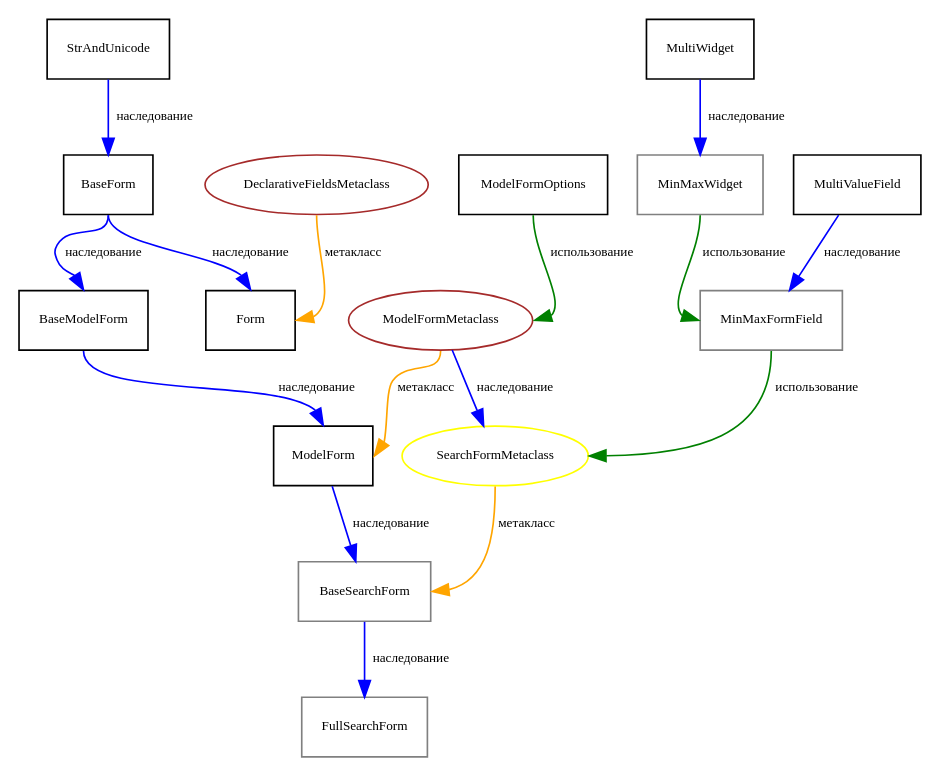
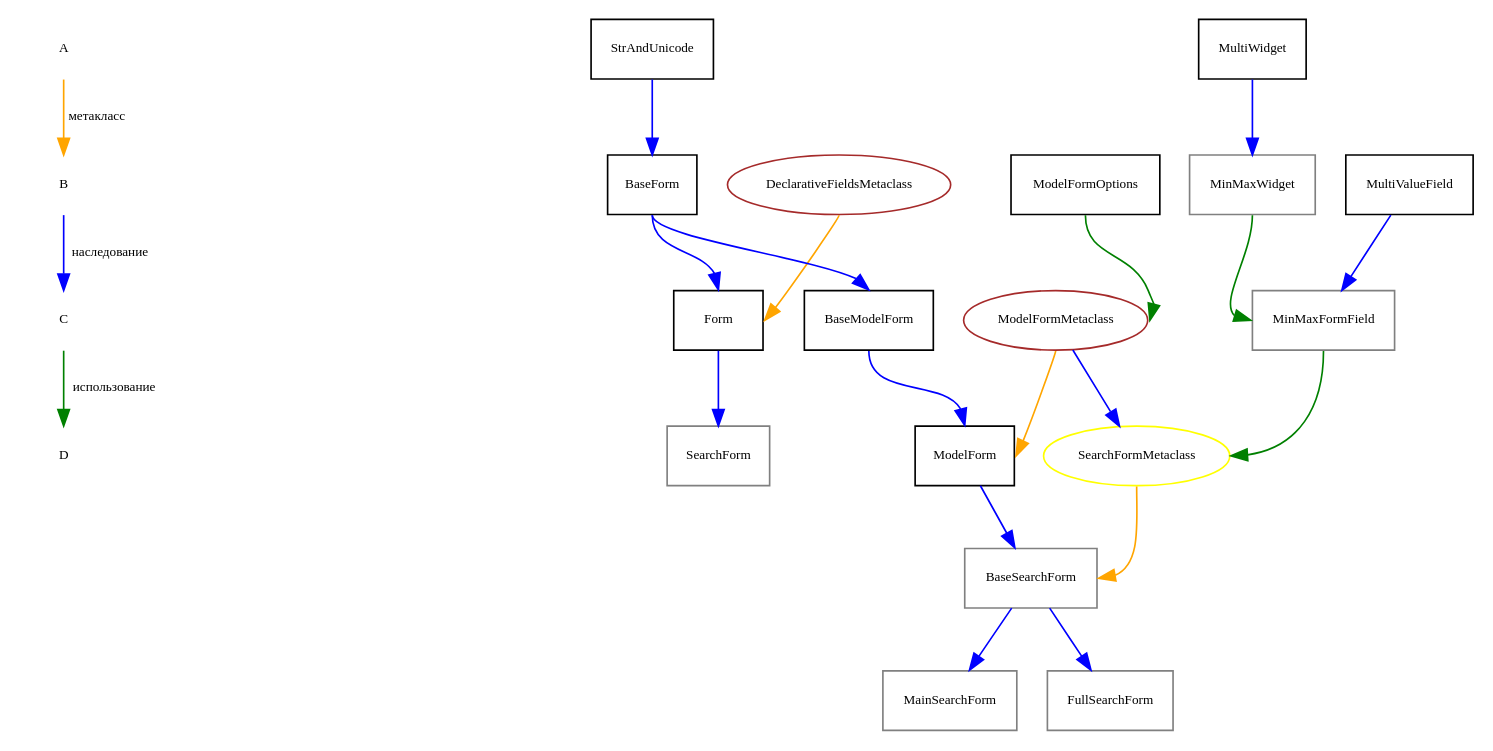
The diagram in schemas/django-forms.dot (RaD/moiluchru), drawn with Graphviz before and after one commit. The commit also changed 1 other file, not shown here.

Commit message:
Обновил схемы.

```diff
--- a/schemas/django-forms.dot
+++ b/schemas/django-forms.dot
@@ -1,43 +1,50 @@
 digraph G {
 	graph [rankdir = "TB", compound=true, ratio=compress, size="16,10", 
 		remincross=true, center=true];
 	node [shape=plaintext, fontname="Verdana", fontsize=8];
 	edge [arrowsize=1, color=blue, fontname="Verdana", fontsize=8];
 	
+A -> B [color="orange", label="метакласс"];
+B -> C [color="blue", label="наследование"];
+C -> D [color="green", label="использование"];
+
 declarative_fields_metaclass [shape="ellipse", color="brown", label="DeclarativeFieldsMetaclass"];
 str_and_unicode [shape="record", color="black", label="StrAndUnicode"];
 base_form [shape="record", color="black", label="BaseForm"];
 form [shape="record", color="black", label="Form"];
 
-declarative_fields_metaclass -> form [color="orange", label="метакласс", tailport="s", headport="e"];
-base_form -> form [color="blue", label="наследование", tailport="s", headport="n"];
-str_and_unicode -> base_form [color="blue", label="наследование"];
+declarative_fields_metaclass -> form [color="orange", tailport="s", headport="e"];
+base_form -> form [color="blue", tailport="s", headport="n"];
+str_and_unicode -> base_form [color="blue"];
 
 model_form_metaclass [shape="ellipse", color="brown", label="ModelFormMetaclass"];
 model_form_options [shape="record", color="black", label="ModelFormOptions"];
 base_model_form [shape="record", color="black", label="BaseModelForm"];
 model_form [shape="record", color="black", label="ModelForm"];
 
-base_form -> base_model_form [color="blue", label="наследование", tailport="s", headport="n"];
-base_model_form -> model_form [color="blue", label="наследование", tailport="s", headport="n"];
-model_form_options -> model_form_metaclass [color="green", label="использование", tailport="s", headport="e"];
-model_form_metaclass -> model_form [color="orange", label="метакласс", tailport="s", headport="e"];
+base_form -> base_model_form [color="blue", tailport="s", headport="n"];
+base_model_form -> model_form [color="blue", tailport="s", headport="n"];
+model_form_options -> model_form_metaclass [color="green", tailport="s", headport="e"];
+model_form_metaclass -> model_form [color="orange", tailport="s", headport="e"];
 
 multi_widget [shape="record", color="black", label="MultiWidget"];
 multi_value_field [shape="record", color="black", label="MultiValueField"];
 min_max_widget [shape="record", color="gray", label="MinMaxWidget"];
 min_max_form_field [shape="record", color="gray", label="MinMaxFormField"];
 search_form_metaclass [shape="ellipse", color="yellow", label="SearchFormMetaclass"];
 base_search_form [shape="record", color="gray", label="BaseSearchForm"];
+search_form [shape="record", color="gray", label="SearchForm"];
+main_search_form [shape="record", color="gray", label="MainSearchForm"];
 full_search_form [shape="record", color="gray", label="FullSearchForm"];
 
-multi_widget -> min_max_widget [color="blue", label="наследование"];
-multi_value_field -> min_max_form_field [color="blue", label="наследование"];
-min_max_widget -> min_max_form_field [color="green", label="использование", tailport="s", headport="w"];
-model_form_metaclass -> search_form_metaclass [color="blue", label="наследование"];
-model_form -> base_search_form [color="blue", label="наследование"];
-search_form_metaclass -> base_search_form [color="orange", label="метакласс", tailport="s", headport="e"];
-min_max_form_field -> search_form_metaclass [color="green", label="использование", tailport="s", headport="e"];
-base_search_form -> full_search_form [color="blue", label="наследование"];
-
+multi_widget -> min_max_widget [color="blue"];
+multi_value_field -> min_max_form_field [color="blue"];
+min_max_widget -> min_max_form_field [color="green", tailport="s", headport="w"];
+model_form_metaclass -> search_form_metaclass [color="blue"];
+model_form -> base_search_form [color="blue"];
+search_form_metaclass -> base_search_form [color="orange", tailport="s", headport="e"];
+form -> search_form [color="blue"];
+min_max_form_field -> search_form_metaclass [color="green", tailport="s", headport="e"];
+base_search_form -> main_search_form [color="blue"];
+base_search_form -> full_search_form [color="blue"];
 }
```
